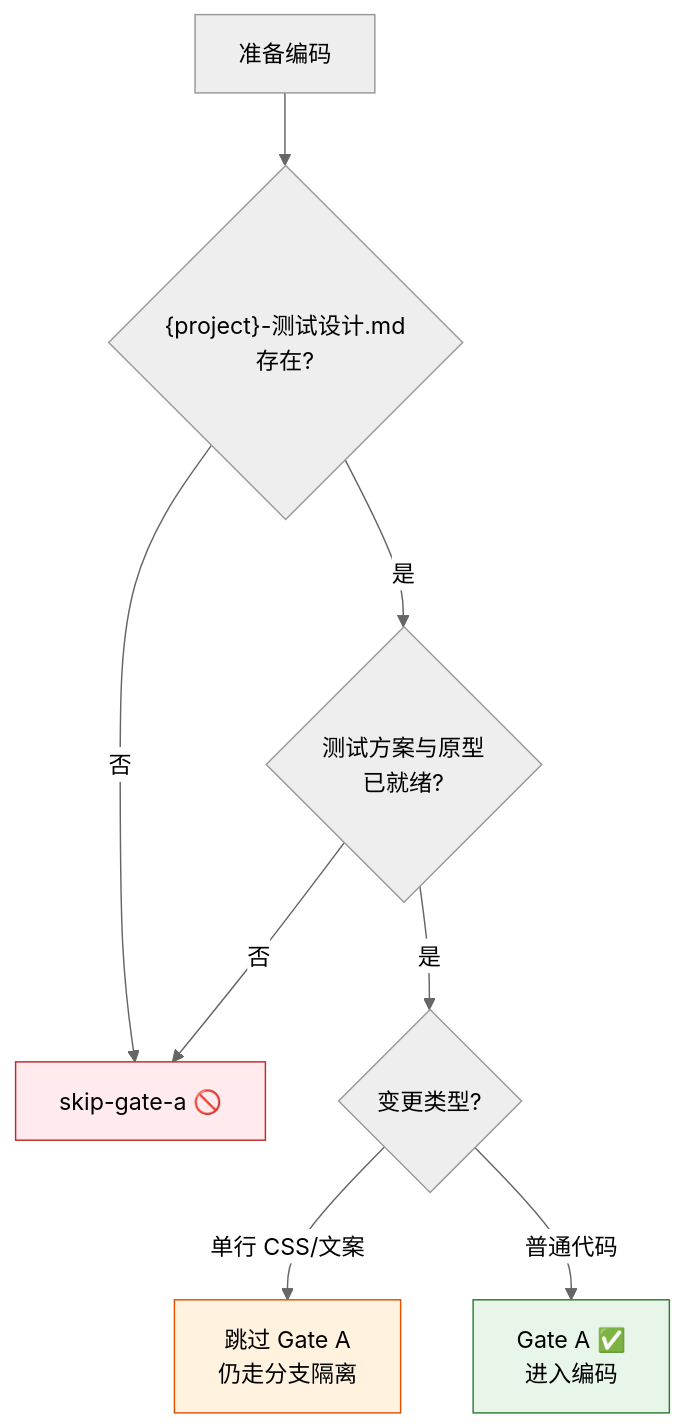
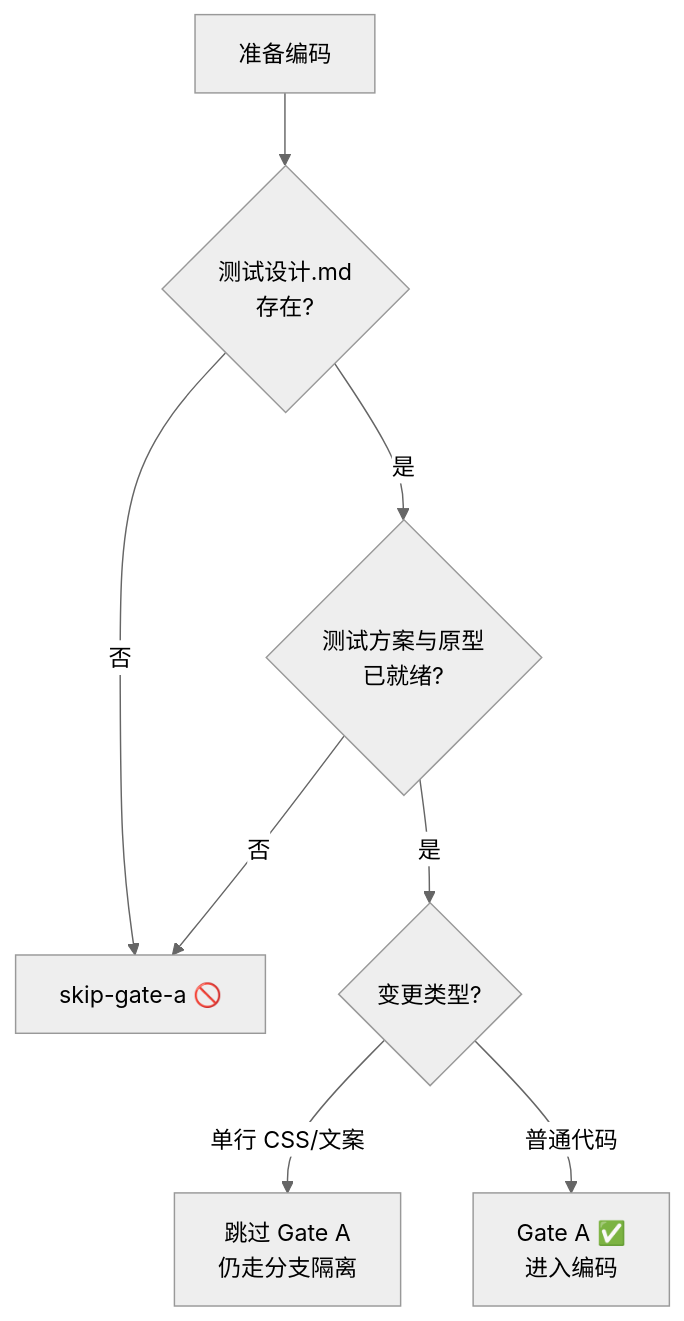
Before and after one commit to effiy/YrY: the fourth of 10 diagrams in rules/code-pipeline.md, drawn with Mermaid (neutral theme). The commit also changed other lines of this file and 61 other files, not shown here.

````diff
--- a/rules/code-pipeline.md
+++ b/rules/code-pipeline.md
@@ -117,14 +106,11 @@
 ```mermaid
 flowchart TD
-    ENTER["准备编码"] --> Q1{"{project}-测试设计.md<br/>存在?"}
+    ENTER["准备编码"] --> Q1{"测试设计.md<br/>存在?"}
     Q1 -->|"否"| BLOCK["skip-gate-a 🚫"]:::block
     Q1 -->|"是"| Q2{"测试方案与原型<br/>已就绪?"}
     Q2 -->|"否"| BLOCK
     Q2 -->|"是"| Q3{"变更类型?"}
     Q3 -->|"单行 CSS/文案"| BYPASS["跳过 Gate A<br/>仍走分支隔离"]:::bypass
     Q3 -->|"普通代码"| PASS["Gate A ✅<br/>进入编码"]:::pass
 
-    classDef block fill:#ffebee,stroke:#c62828;
-    classDef bypass fill:#fff3e0,stroke:#e65100;
-    classDef pass fill:#e8f5e9,stroke:#2e7d32;
 ```
````
